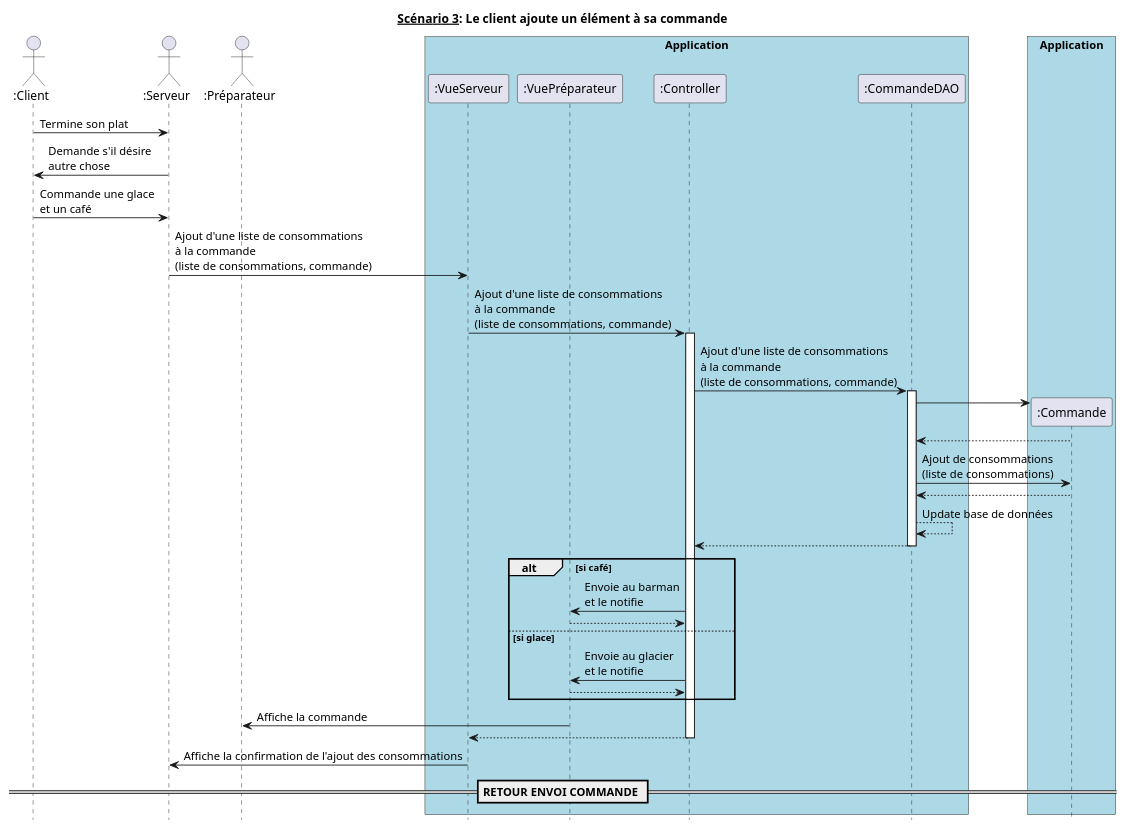
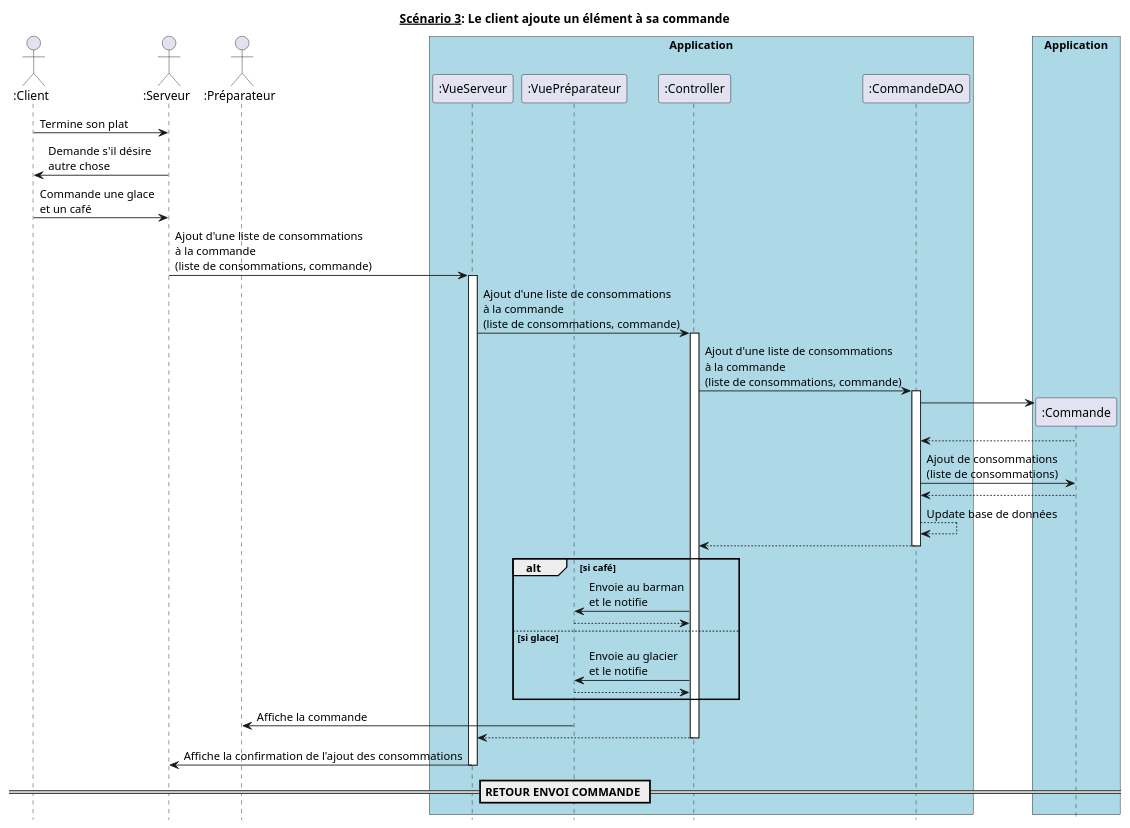
One commit to hulskenA/GL-Les_seigneurs_du_resto changed the diagram in diagrammes_sequences_detailles/dss3.md. Above: the diagram before and after it, drawn with PlantUML. The commit also changed 15 other files, not shown here.

````diff
--- a/diagrammes_sequences_detailles/dss3.md
+++ b/diagrammes_sequences_detailles/dss3.md
@@ -1,61 +1,62 @@
 ```puml
 @startuml
 hide footbox
 title __Scénario 3__: Le client ajoute un élément à sa commande
 
 
 actor ":Client" as client order 10
 actor ":Serveur" as serveur order 20
 actor ":Préparateur" as preparateur order 30
 
 box "Application" #Lightblue
     participant ":VueServeur" as VueServeur order 40
     participant ":VuePréparateur" as VuePréparateur order 50
     participant ":Controller" as Controller order 60
     participant ":CommandeDAO" as CommandeDAO order 70
 endbox
 
 box "Application" #Lightblue
   participant ":Commande" as Commande order 80
 endbox
 
 client -> serveur : Termine son plat
 client <- serveur : Demande s'il désire\nautre chose
 client -> serveur : Commande une glace\net un café
 
 serveur -> VueServeur : Ajout d'une liste de consommations \nà la commande\n(liste de consommations, commande)
+activate VueServeur
 VueServeur -> Controller : Ajout d'une liste de consommations \nà la commande\n(liste de consommations, commande)
 activate Controller
 Controller -> CommandeDAO : Ajout d'une liste de consommations \nà la commande\n(liste de consommations, commande)
 
 activate CommandeDAO
   create Commande
     CommandeDAO -> Commande
     CommandeDAO <-- Commande
     CommandeDAO -> Commande : Ajout de consommations\n(liste de consommations)
     Commande --> CommandeDAO
 CommandeDAO --> CommandeDAO :  Update base de données
 Controller <-- CommandeDAO
 deactivate CommandeDAO
 
 
 alt si café
     Controller -> VuePréparateur : Envoie au barman\net le notifie
     VuePréparateur --> Controller
 else si glace
     Controller -> VuePréparateur : Envoie au glacier\net le notifie
     VuePréparateur --> Controller
 end
 
-
 VuePréparateur -> preparateur : Affiche la commande
 
 Controller --> VueServeur
 deactivate Controller
 
 VueServeur -> serveur : Affiche la confirmation de l'ajout des consommations
+deactivate VueServeur
 
 == RETOUR ENVOI COMMANDE ==
 
 @enduml
 ```
````
